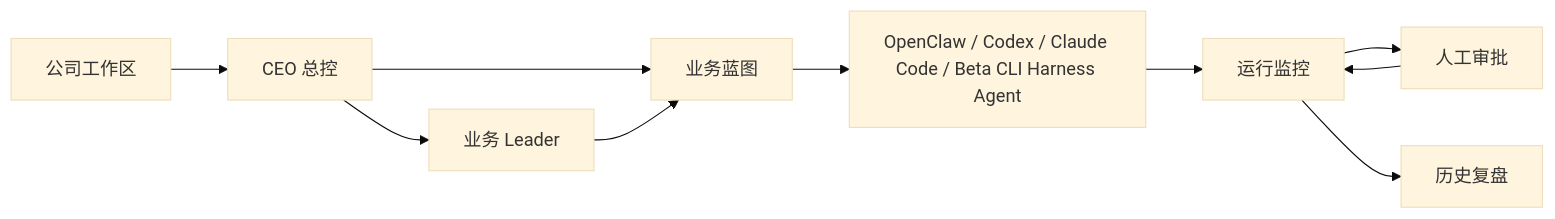
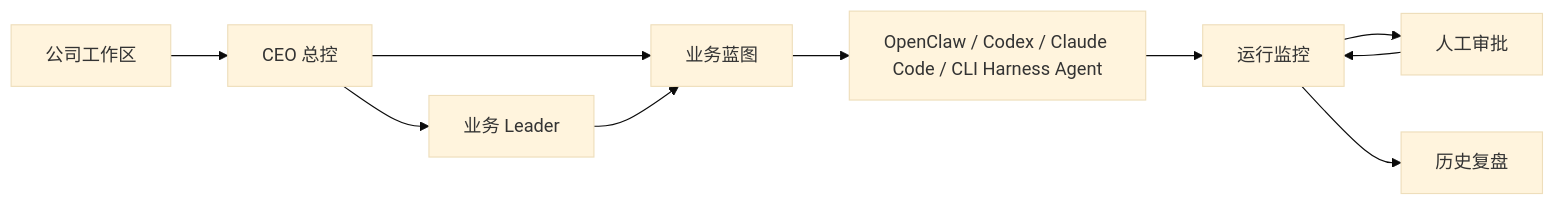
One commit to aaa2828338/HiveWard changed the diagram in README.md. Above: the diagram before and after it, drawn with Mermaid (base theme). The commit also changed other lines of this file and 13 other files, not shown here.

````diff
--- a/README.md
+++ b/README.md
@@ -80,21 +82,21 @@
 ```mermaid
 graph LR
   Company[公司工作区]
   CEO[CEO 总控]
   Leader[业务 Leader]
   Blueprint[业务蓝图]
-  Harness[OpenClaw / Codex / Claude Code / Beta CLI Harness Agent]
+  Harness[OpenClaw / Codex / Claude Code / CLI Harness Agent]
   Run[运行监控]
   Approval[人工审批]
   History[历史复盘]
 
   Company --> CEO
   CEO --> Leader
   CEO --> Blueprint
   Leader --> Blueprint
   Blueprint --> Harness
   Harness --> Run
   Run --> Approval
   Approval --> Run
   Run --> History
 ```
````
